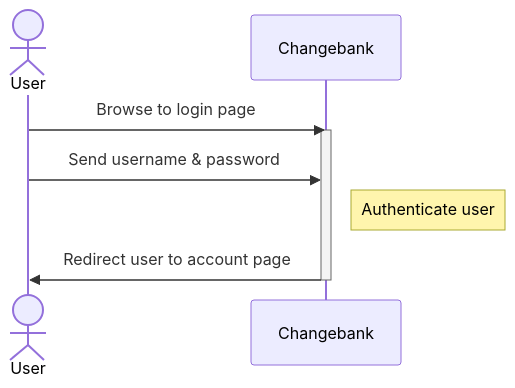
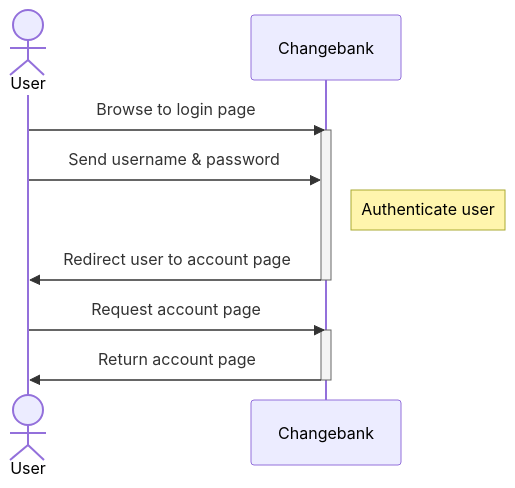
Before and after one commit to FusionAuth/fusionauth-site: the first of 3 diagrams in astro/src/content/docs/lifecycle/examples/authenticate-users-with-saml.mdx, drawn with Mermaid. The commit also changed other lines of this file, not shown here.

````diff
--- a/astro/src/content/docs/lifecycle/examples/authenticate-users-with-saml.mdx
+++ b/astro/src/content/docs/lifecycle/examples/authenticate-users-with-saml.mdx
@@ -29,10 +35,15 @@
 ```mermaid
 sequenceDiagram
   actor User
   User->>Changebank: Browse to login page
   activate Changebank
   User->>Changebank: Send username & password
   Note right of Changebank: Authenticate user
   Changebank->>User: Redirect user to account page
   deactivate Changebank
+
+  User->>Changebank: Request account page
+  activate Changebank
+  Changebank->>User: Return account page
+  deactivate Changebank
 ```
````
